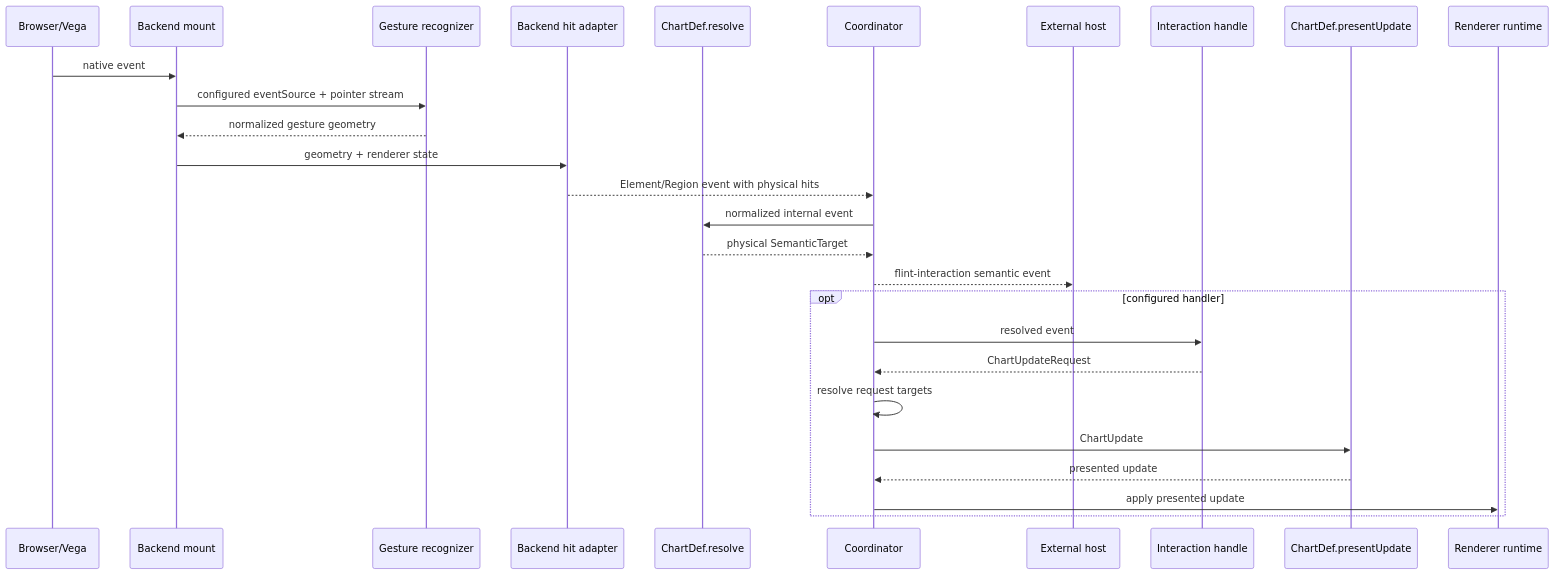
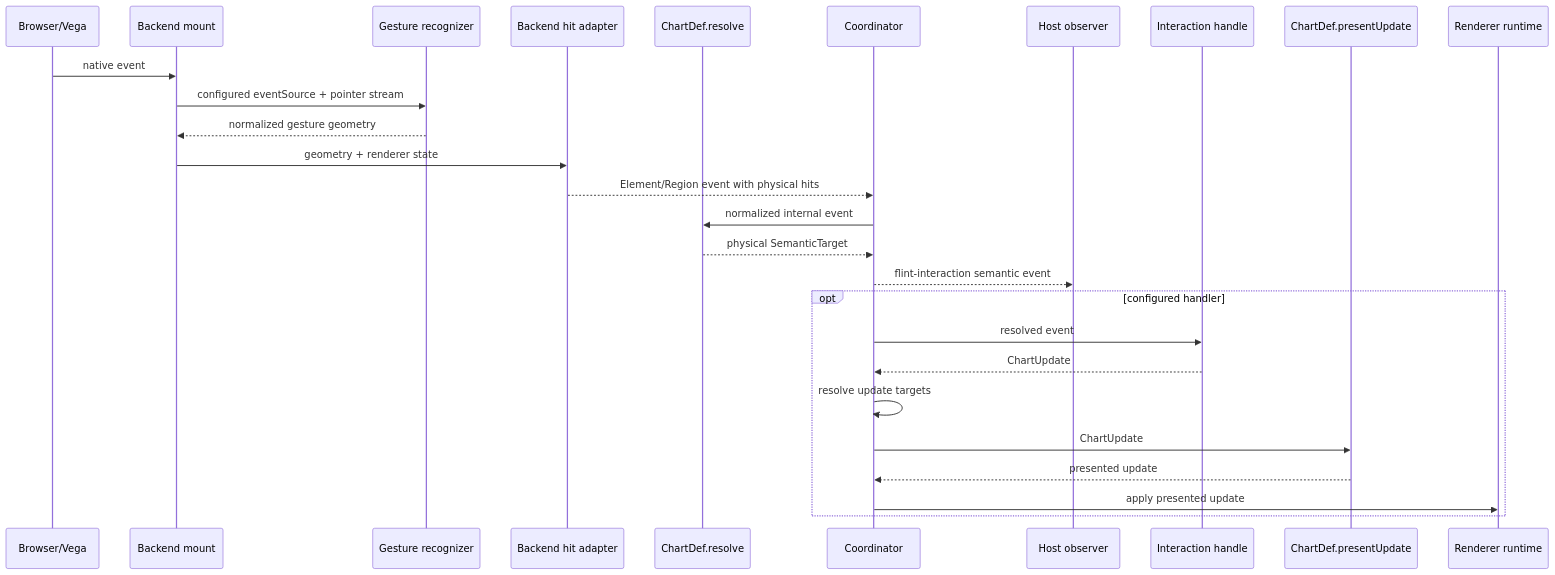
The second of 5 diagrams in packages/flint-js/src/interactive/README.md (microsoft/flint-chart), drawn with Mermaid before and after one commit. The commit also changed other lines of this file and 90 other files, not shown here.

````diff
--- a/packages/flint-js/src/interactive/README.md
+++ b/packages/flint-js/src/interactive/README.md
@@ -169,30 +179,30 @@
 ```mermaid
 sequenceDiagram
     participant Browser as Browser/Vega
     participant Mount as Backend mount
     participant Gesture as Gesture recognizer
     participant Hits as Backend hit adapter
     participant ChartDef as ChartDef.resolve
     participant Coordinator
-    participant Host as External host
+    participant Host as Host observer
     participant Handler as Interaction handle
     participant Present as ChartDef.presentUpdate
     participant Runtime as Renderer runtime
 
     Browser->>Mount: native event
     Mount->>Gesture: configured eventSource + pointer stream
     Gesture-->>Mount: normalized gesture geometry
     Mount->>Hits: geometry + renderer state
     Hits-->>Coordinator: Element/Region event with physical hits
     Coordinator->>ChartDef: normalized internal event
     ChartDef-->>Coordinator: physical SemanticTarget
     Coordinator-->>Host: flint-interaction semantic event
     opt configured handler
         Coordinator->>Handler: resolved event
-        Handler-->>Coordinator: ChartUpdateRequest
-        Coordinator->>Coordinator: resolve request targets
+        Handler-->>Coordinator: ChartUpdate
+        Coordinator->>Coordinator: resolve update targets
         Coordinator->>Present: ChartUpdate
         Present-->>Coordinator: presented update
         Coordinator->>Runtime: apply presented update
     end
 ```
````
